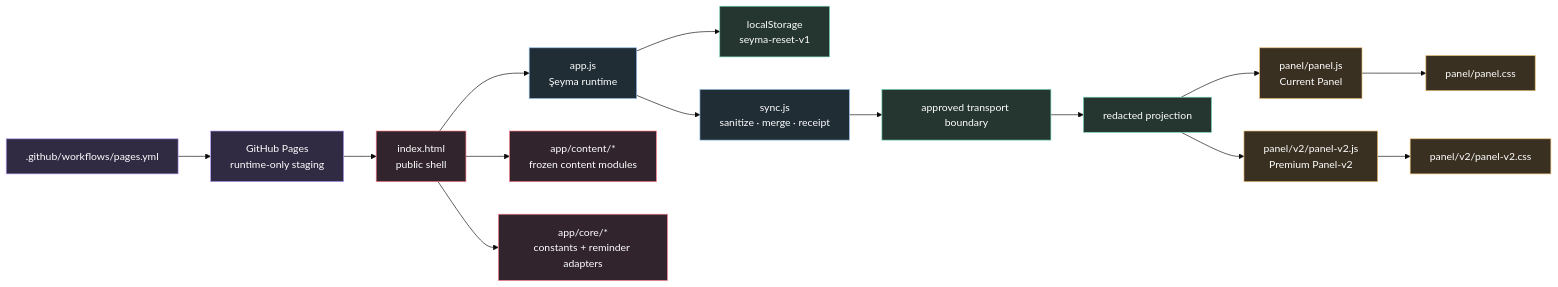
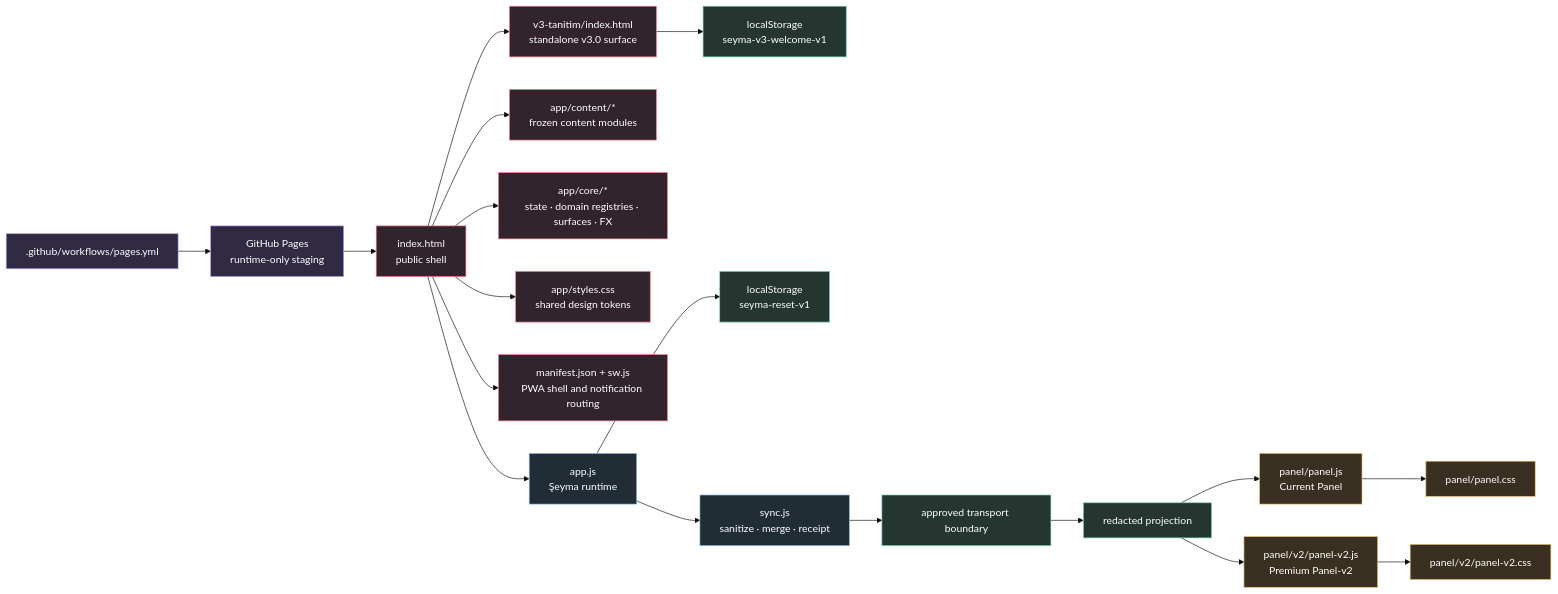
Before and after one commit to mustafaras/s: the fourth of 11 diagrams in README.md, drawn with Mermaid (base theme). The commit also changed other lines of this file, not shown here.

Commit message:
docs: sync README with current architecture

````diff
--- a/README.md
+++ b/README.md
@@ -407,27 +409,31 @@
 ```mermaid
 flowchart LR
     HTML["index.html<br/>public shell"] --> APP["app.js<br/>Şeyma runtime"]
     HTML --> CONTENT["app/content/*<br/>frozen content modules"]
-    HTML --> CORE["app/core/*<br/>constants + reminder adapters"]
+    HTML --> CORE["app/core/*<br/>state · domain registries · surfaces · FX"]
+    HTML --> STYLE["app/styles.css<br/>shared design tokens"]
+    HTML --> PWA["manifest.json + sw.js<br/>PWA shell and notification routing"]
+    HTML --> V3["v3-tanitim/index.html<br/>standalone v3.0 surface"]
+    V3 --> V3STORE["localStorage<br/>seyma-v3-welcome-v1"]
     APP --> STORE["localStorage<br/>seyma-reset-v1"]
     APP --> SYNC["sync.js<br/>sanitize · merge · receipt"]
     SYNC --> REMOTE["approved transport boundary"]
     REMOTE --> PROJ["redacted projection"]
     PROJ --> PANEL["panel/panel.js<br/>Current Panel"]
     PROJ --> V2["panel/v2/panel-v2.js<br/>Premium Panel-v2"]
     PANEL --> CSS1["panel/panel.css"]
     V2 --> CSS2["panel/v2/panel-v2.css"]
     CI[".github/workflows/pages.yml"] --> SITE["GitHub Pages<br/>runtime-only staging"]
     SITE --> HTML
 
     classDef shell fill:#31242d,stroke:#ff7c8d,color:#fff;
     classDef runtime fill:#202d35,stroke:#8fbce9,color:#fff;
     classDef storage fill:#24362f,stroke:#73d6b2,color:#fff;
     classDef observer fill:#3a3022,stroke:#e9bb70,color:#fff;
     classDef delivery fill:#302a42,stroke:#b9a0ff,color:#fff;
-    class HTML,CONTENT,CORE shell;
+    class HTML,CONTENT,CORE,STYLE,PWA,V3 shell;
     class APP,SYNC runtime;
-    class STORE,REMOTE,PROJ storage;
+    class STORE,V3STORE,REMOTE,PROJ storage;
     class PANEL,V2,CSS1,CSS2 observer;
     class CI,SITE delivery;
 ```
````
